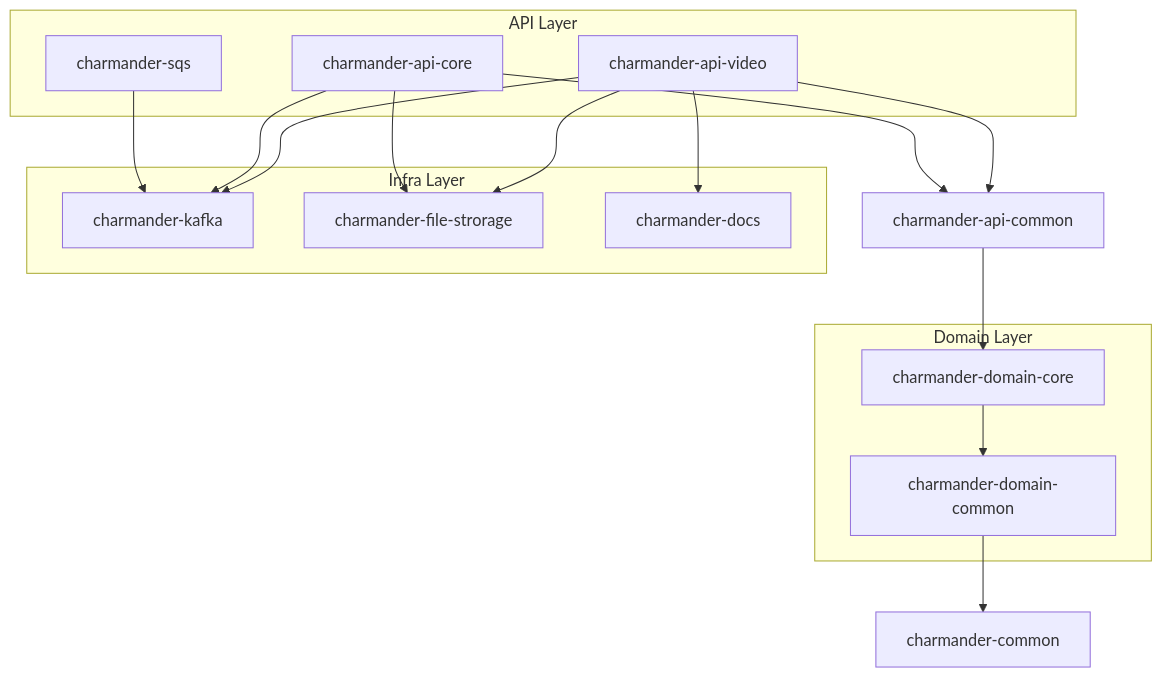
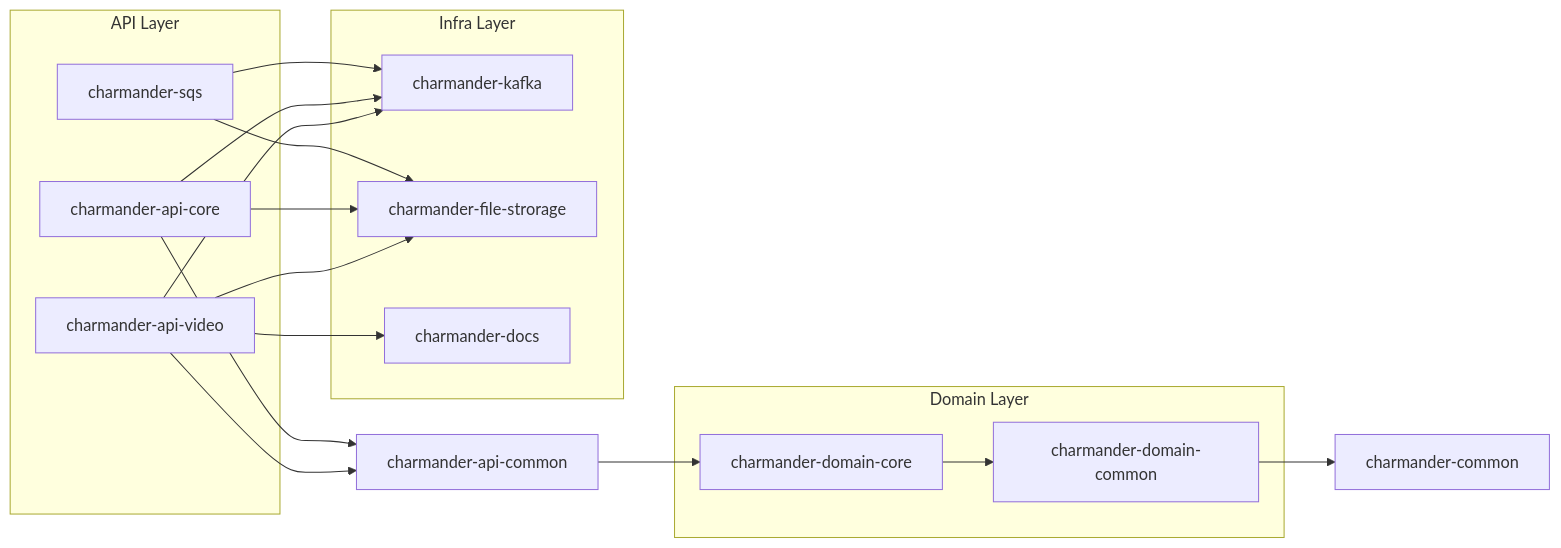
The diagram in README.md (FC-DEV2-FinalProject/Charmander_BE), drawn with Mermaid before and after one commit.

````diff
--- a/README.md
+++ b/README.md
@@ -37,45 +37,46 @@
 ```mermaid
 
-graph 
+graph LR
 
   subgraph "API Layer"
     AC[charmander-api-core]
     AV[charmander-api-video]
     SQS[charmander-sqs]
   end
   ACOM[charmander-api-common]
 
   subgraph "Domain Layer"
     DC[charmander-domain-common]
     DCORE[charmander-domain-core]
   end
 
   subgraph "Infra Layer"
     KA[charmander-kafka]
     FS[charmander-file-strorage]
     DO[charmander-docs]
     
   end
 
   D[charmander-common]
 
   %% Domain Layer 의존성
   DC --> D
   DCORE --> DC
 
   %% API Layer 의존성
   ACOM --> DCORE
 
   
   AV --> FS
   AV --> KA
   AV --> DO
 
   AV --> ACOM
   AC --> ACOM  
   AC --> FS
   AC --> KA
 
   SQS --> KA
+  SQS --> FS
 
 ```
````
